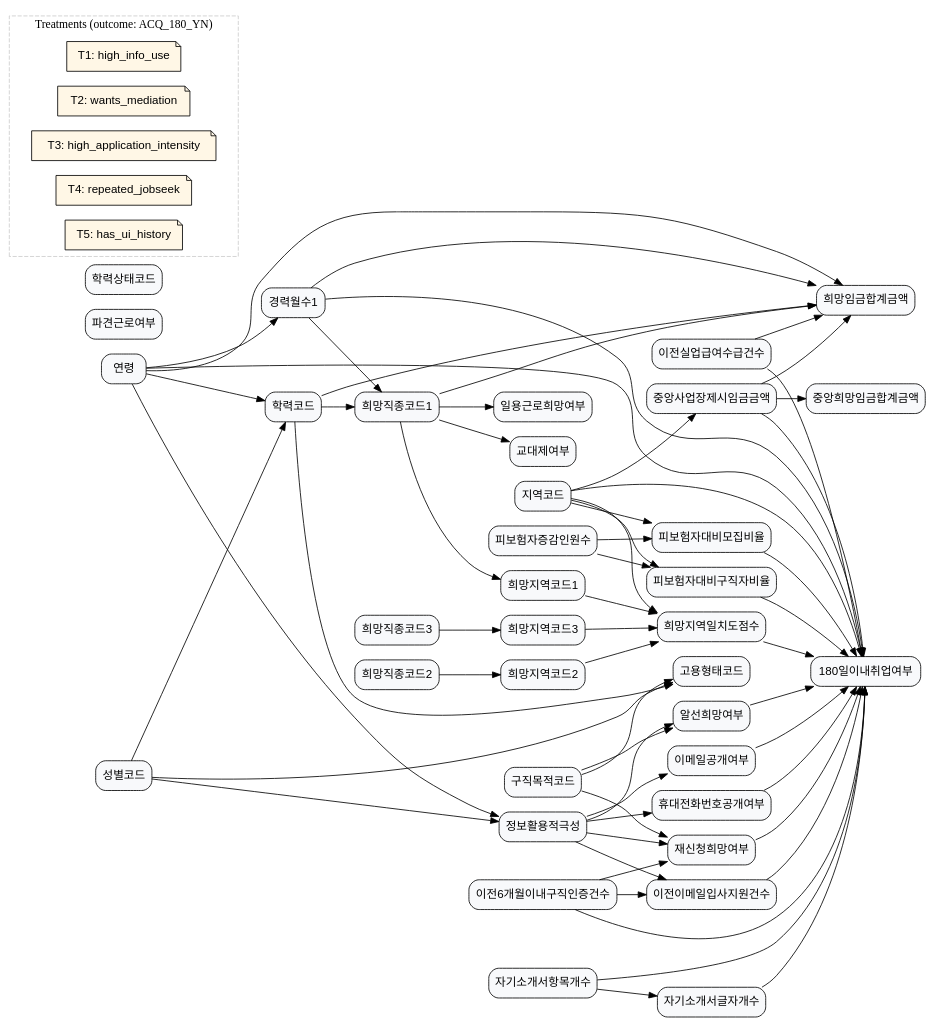
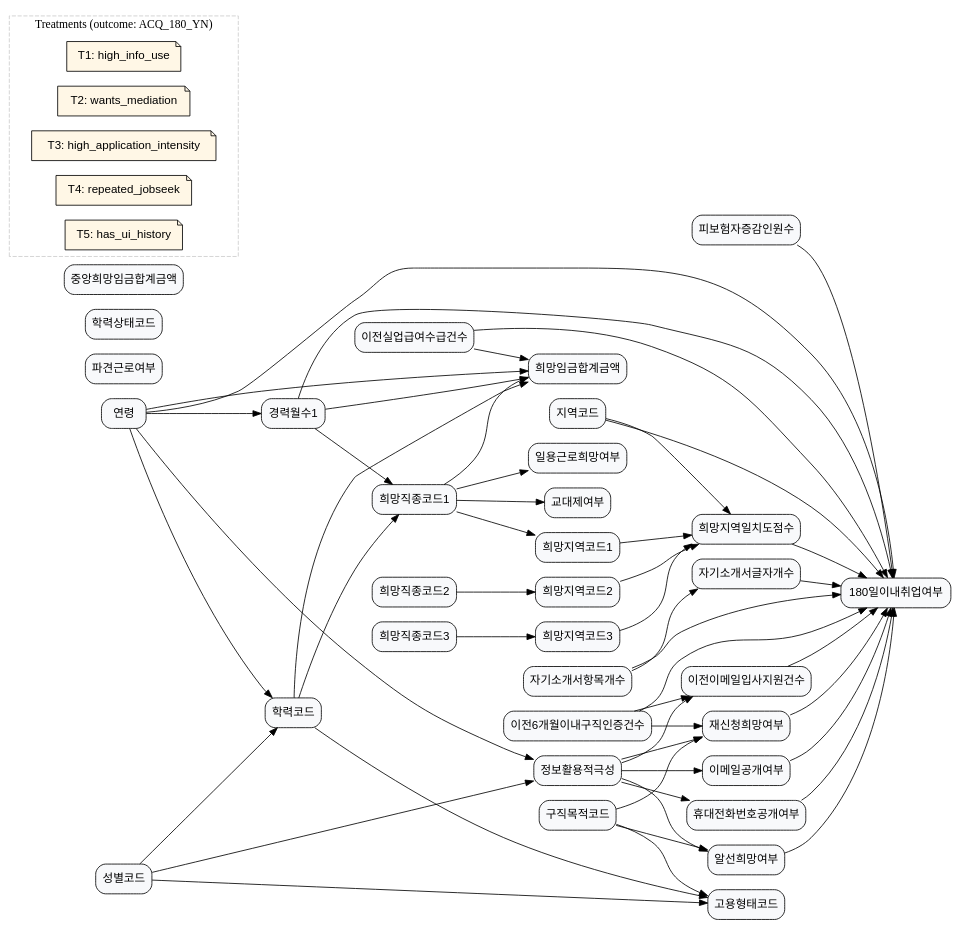
Before and after one commit to KU-LIM-Lab/dowhy-deep: the diagram in laborlab/data/graph_data/graph_2.dot, drawn with Graphviz. The commit also changed 4 other files, not shown here.

Commit message:
update graphs

```diff
--- a/laborlab/data/graph_data/graph_2.dot
+++ b/laborlab/data/graph_data/graph_2.dot
@@ -1,192 +1,175 @@
 digraph {
     rankdir=LR;
     node [shape=box, style="rounded,filled", fillcolor="#F8F9FB", fontname="Helvetica"];
 
     // ==== 노드 라벨 정의 ====
     ACQ_180_YN                  [label="180일이내취업여부"];
     AGREE_LEVEL                 [label="정보활용적극성"];
     EMPL_STLE_CD                [label="고용형태코드"];
     DSPT_LABR_YN                [label="파견근로여부"];
     HOPE_WAGE_SM_AMT            [label="희망임금합계금액"];
     HOPE_JSCD1                  [label="희망직종코드1"];
     HOPE_JSCD2                  [label="희망직종코드2"];
     HOPE_JSCD3                  [label="희망직종코드3"];
     HPAR_CD1                    [label="희망지역코드1"];
     HPAR_CD2                    [label="희망지역코드2"];
     HPAR_CD3                    [label="희망지역코드3"];
     HPAR_CSCY_SCOR              [label="희망지역일치도점수"];
     CARR_MYCT1                  [label="경력월수1"];
     ACCR_STCD                   [label="학력상태코드"];
     ACCR_CD                     [label="학력코드"];
     AGE                         [label="연령"];
     AREA_CD                     [label="지역코드"];
     DLY_LABR_HOPE_YN            [label="일용근로희망여부"];
     SHSY_YN                     [label="교대제여부"];
     MDTN_HOPE_YN                [label="알선희망여부"];
     RQAG_HOPE_YN                [label="재신청희망여부"];
     JHNT_PPOS_CD                [label="구직목적코드"];
     SXDS_CD                     [label="성별코드"];
     EMAIL_OTPB_YN               [label="이메일공개여부"];
     MPNO_OTPB_YN                [label="휴대전화번호공개여부"];
     BFR_WTM6_JHCR_CT            [label="이전6개월이내구직인증건수"];
     BFR_EJAP_CT                 [label="이전이메일입사지원건수"];
     BFR_UEPS_RECP_CT            [label="이전실업급여수급건수"];
-    IPS_VS_JBHT_RATE            [label="피보험자대비구직자비율"];
-    IPS_VS_RCIT_RATE            [label="피보험자대비모집비율"];
     IPS_IRDS_NMPR               [label="피보험자증감인원수"];
     NTR_HOPE_WAGE_SM_AMT        [label="중앙희망임금합계금액"];
-    NTR_BPLC_PSNT_WAGE_AMT      [label="중앙사업장제시임금금액"];
     SFID_IEM_NUM                [label="자기소개서항목개수"];
     SFID_LTTR_NUM               [label="자기소개서글자개수"];
 
     // ============================================================
     // ==== Treatment definitions (메타데이터용 노드) ==============
-    // role="treatment_meta"로 태깅한 노드 안에 정보를 넣는다.
-    // 나중에 pygraphviz로 읽어서 DoWhy/TabPFN 파이프라인에 넘길 때
-    // 이 메타 정보를 이용해 treatment 변수를 자동 생성할 수 있다.
 
     subgraph cluster_treatments {
         label="Treatments (outcome: ACQ_180_YN)";
         style=dashed;
         color="#CCCCCC";
         node [shape=note, style="rounded,filled", fillcolor="#FFF7E6", fontname="Helvetica"];
 
         // T1: 정보활용 적극성 (high information use)
         T1 [
             label="T1: high_info_use",
             role="treatment_meta",
             treatment_var="AGREE_LEVEL",
             treatment_name="high_info_use",
             treatment_def="AGREE_LEVEL 상위 분위(예: 상위 30%)=1, 그 외 0",
             treatment_question="정보 활용에 적극적인 구직자는 그렇지 않은 구직자보다 6개월 이내 취업 확률이 얼마나 높은가?"
         ];
 
         // T2: 알선 희망 여부 (mediation request)
         T2 [
             label="T2: wants_mediation",
             role="treatment_meta",
             treatment_var="MDTN_HOPE_YN",
             treatment_name="wants_mediation",
             treatment_def="MDTN_HOPE_YN == 1",
             treatment_question="알선을 희망하는 구직자는 그렇지 않은 구직자보다 6개월 이내 취업 확률이 얼마나 높은가?"
         ];
 
         // T3: 적극적 구직자 (이전 이메일 입사지원 경험)
         T3 [
             label="T3: high_application_intensity",
             role="treatment_meta",
             treatment_var="BFR_EJAP_CT",
             treatment_name="high_application_intensity",
             treatment_def="BFR_EJAP_CT 상위 분위(예: 상위 30%)=1, 그 외 0",
             treatment_question="이전 3개월 동안 이메일 입사지원을 많이 했던 구직자는 그렇지 않은 구직자보다 6개월 이내 취업 확률이 얼마나 높은가?"
         ];
 
         // T4: 반복 구직인증 경험 (repeated job-seeking certification)
         T4 [
             label="T4: repeated_jobseek",
             role="treatment_meta",
             treatment_var="BFR_WTM6_JHCR_CT",
             treatment_name="repeated_jobseek",
             treatment_def="BFR_WTM6_JHCR_CT > 1",
             treatment_question="과거 6개월 동안 구직인증을 여러 번 했던 구직자는 단 한 번만 했던 구직자에 비해 6개월 이내 취업 확률이 어떻게 다른가?"
         ];
 
         // T5: 실업급여 수급 경험 (unemployment benefit history)
         T5 [
             label="T5: has_ui_history",
             role="treatment_meta",
             treatment_var="BFR_UEPS_RECP_CT",
             treatment_name="has_ui_history",
             treatment_def="BFR_UEPS_RECP_CT > 0",
             treatment_question="과거 실업급여 수급 경험이 있는 구직자는 경험이 없는 구직자에 비해 6개월 이내 취업 확률이 얼마나 다른가?"
         ];
     }
 
     // ============================================================
     // ==== Causal structure (DAG for job search & matching) ======
 
     // --- 인구학적/배경 변수 ---
     SXDS_CD -> ACCR_CD;                    // 성별에 따라 전공/학력 경로가 달라짐
     SXDS_CD -> AGREE_LEVEL;                // 성별에 따라 정보 제공 동의 행태 차이
     SXDS_CD -> EMPL_STLE_CD;               // 선호/차별로 고용형태가 달라질 수 있음
 
     AGE -> ACCR_CD;                        // 나이가 많을수록 학력이 높을 가능성
     AGE -> CARR_MYCT1;                     // 나이가 많을수록 경력월수 증가
     AGE -> HOPE_WAGE_SM_AMT;               // 연령이 높을수록 희망임금 증가
     AGE -> AGREE_LEVEL;                    // 연령대에 따라 정보활용 방식(온라인)이 다름
     AGE -> ACQ_180_YN;                     // 나이가 높으면 전반적인 취업 확률에 영향
 
     AREA_CD -> HPAR_CSCY_SCOR;             // 거주지역과 희망지역 일치도에 영향
-    AREA_CD -> NTR_BPLC_PSNT_WAGE_AMT;     // 지역에 따라 제시임금 수준이 다름
-    AREA_CD -> IPS_VS_RCIT_RATE;           // 지역에 따라 모집비율 다름
-    AREA_CD -> IPS_VS_JBHT_RATE;           // 지역에 따라 구직자비율 다름
     AREA_CD -> ACQ_180_YN;                 // 지역별 노동시장 여건 차이
 
     // --- 학력/경력 -> 임금 기대/고용형태/직종 선택 ---
     ACCR_CD -> HOPE_WAGE_SM_AMT;           // 학력이 높으면 희망임금 상향
     ACCR_CD -> HOPE_JSCD1;                 // 학력에 따라 진입 가능한 직종분포가 달라짐
     ACCR_CD -> EMPL_STLE_CD;               // 학력에 따라 정규/비정규 선호와 기회가 다름
 
     CARR_MYCT1 -> HOPE_WAGE_SM_AMT;        // 경력이 많으면 희망임금 상향
     CARR_MYCT1 -> HOPE_JSCD1;              // 경력직종에 머무르려는 경향
     CARR_MYCT1 -> ACQ_180_YN;              // 경력이 많을수록 취업 가능성 증가
 
     // --- 희망직종/지역 관련 구조 ---
     HOPE_JSCD1 -> DLY_LABR_HOPE_YN;        // 일부 직종은 일용근로 비중이 높음
     HOPE_JSCD1 -> SHSY_YN;                 // 직종에 따라 교대제가 요구됨
     HOPE_JSCD1 -> HOPE_WAGE_SM_AMT;        // 직종 임금수준이 희망임금에 영향
 
     HOPE_JSCD1 -> HPAR_CD1;                // 직종 특성에 따라 희망지역 선택 (산업단지 등)
     HOPE_JSCD2 -> HPAR_CD2;
     HOPE_JSCD3 -> HPAR_CD3;
 
     HPAR_CD1 -> HPAR_CSCY_SCOR;            // 희망지역과 거주지 일치도 계산에 사용
     HPAR_CD2 -> HPAR_CSCY_SCOR;
     HPAR_CD3 -> HPAR_CSCY_SCOR;
 
     HPAR_CSCY_SCOR -> ACQ_180_YN;          // 거주지와 희망지역의 일치도가 높으면 매칭 용이
 
     // --- 정보 공개 및 활용 구조 ---
     AGREE_LEVEL -> EMAIL_OTPB_YN;          // 정보활용적극성이 이메일 공개에 영향
     AGREE_LEVEL -> MPNO_OTPB_YN;           // 정보활용적극성이 전화번호 공개에 영향
     AGREE_LEVEL -> BFR_EJAP_CT;            // 정보활용적극성이 온라인 입사지원 횟수에 영향
     AGREE_LEVEL -> MDTN_HOPE_YN;           // 적극적인 사람일수록 공공 알선 요청
     AGREE_LEVEL -> RQAG_HOPE_YN;           // 구직인증 재신청 의사도 높을 수 있음
 
     EMAIL_OTPB_YN -> ACQ_180_YN;           // 이메일을 공개하면 연락/매칭기회 증가
-    MPNO_OTPB_YN -> ACQ_180_YN;            // 휴대전화 공개 역시 매칭기회 증가
+    MPNO_OTPB_YN -> ACQ_180_YN;           // 휴대전화 공개 역시 매칭기회 증가
 
     // --- 구직 목적 및 서비스 이용 행태 ---
     JHNT_PPOS_CD -> MDTN_HOPE_YN;          // 구직 목적(실업급여, 실제 취업 등)에 따라 알선 희망 여부 달라짐
     JHNT_PPOS_CD -> RQAG_HOPE_YN;          // 목적에 따라 재신청 의사 달라짐
     JHNT_PPOS_CD -> EMPL_STLE_CD;          // 일부 목적은 특정 고용형태를 동반
 
     MDTN_HOPE_YN -> ACQ_180_YN;            // 알선을 희망하면 매칭 서비스 이용으로 취업 가능성 증가
     RQAG_HOPE_YN -> ACQ_180_YN;            // 재신청 의사가 강한 구직자는 장기적으로 취업 가능성이 높을 수 있음
 
     // --- 과거 구직/실업 경험 ---
     BFR_WTM6_JHCR_CT -> BFR_EJAP_CT;       // 구직인증을 자주 했던 사람은 입사지원도 자주 했을 가능성
     BFR_WTM6_JHCR_CT -> RQAG_HOPE_YN;      // 과거 경험이 많을수록 재신청 희망에 영향
     BFR_WTM6_JHCR_CT -> ACQ_180_YN;        // 빈번한 구직인증이 긍정/부정 신호(집요함 vs 장기실업) 모두 가능
 
     BFR_EJAP_CT -> ACQ_180_YN;             // 입사지원을 많이 한 사람은 취업할 확률이 더 높을 수 있음
 
     BFR_UEPS_RECP_CT -> HOPE_WAGE_SM_AMT;  // 실업급여 경험은 예약임금/희망임금에 영향
     BFR_UEPS_RECP_CT -> ACQ_180_YN;        // 장기 실업/실업급여 경험이 취업 가능성에 영향
 
-    // --- 노동시장 상태 지표 ---
-    IPS_IRDS_NMPR -> IPS_VS_JBHT_RATE;     // 피보험자 증감이 구직자비율에 영향
-    IPS_IRDS_NMPR -> IPS_VS_RCIT_RATE;     // 피보험자 증감이 모집비율에도 영향
-
-    IPS_VS_JBHT_RATE -> ACQ_180_YN;        // 구직자비율이 높으면 경쟁 심화로 취업확률 감소
-    IPS_VS_RCIT_RATE -> ACQ_180_YN;        // 모집비율이 높으면 취업확률 증가
-
-    NTR_BPLC_PSNT_WAGE_AMT -> NTR_HOPE_WAGE_SM_AMT; // 제시임금 수준이 중앙 희망임금에 영향
-    NTR_BPLC_PSNT_WAGE_AMT -> HOPE_WAGE_SM_AMT;     // 개인의 희망임금에도 직접 영향
-    NTR_BPLC_PSNT_WAGE_AMT -> ACQ_180_YN;           // 제시임금이 너무 낮/높으면 매칭 실패 가능
+    // --- 노동시장 상태 지표 (간단화: 증감만 남김) ---
+    IPS_IRDS_NMPR -> ACQ_180_YN;           // 피보험자 증감(고용 증가/감소)이 취업 가능성에 직접 영향
 
     // --- 자기소개서 및 서류 품질 ---
     SFID_IEM_NUM -> SFID_LTTR_NUM;         // 항목 개수가 많으면 전체 글자수도 많아짐
     SFID_IEM_NUM -> ACQ_180_YN;            // 자기소개서 구성(항목 수)이 평가에 영향
-    SFID_LTTR_NUM -> ACQ_180_YN;           // 자기소개서 분량이 취업 여부에 영향 (너무 짧거나 너무 길면 불리할 수 있음)
+    SFID_LTTR_NUM -> ACQ_180_YN;           // 자기소개서 분량이 취업 여부에 영향
 }
```
